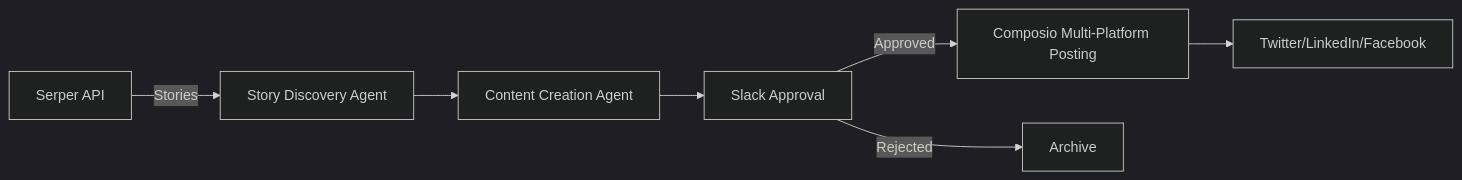
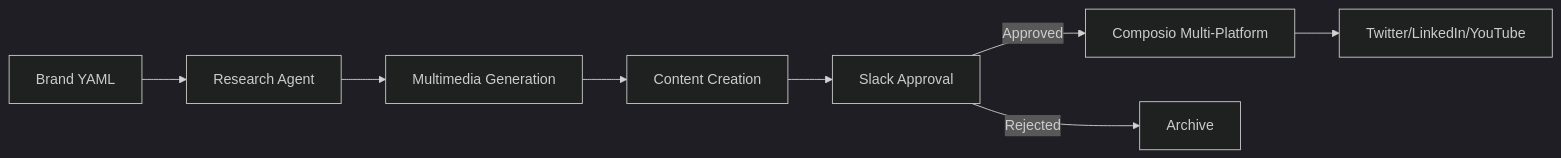
The diagram in docs/TECHNICAL_ARCHITECTURE.md (amadad/phantom-cli-tools), drawn with Mermaid (dark theme) before and after one commit. The commit also changed other lines of this file and 19 other files, not shown here.

Commit message:
refactor: consolidate codebase into modular pipeline with brand-agnostic YAML config

````diff
--- a/docs/TECHNICAL_ARCHITECTURE.md
+++ b/docs/TECHNICAL_ARCHITECTURE.md
@@ -7,9 +6,10 @@
 ```mermaid
 graph LR
-    A[Serper API] -->|Stories| B[Story Discovery Agent]
-    B --> C[Content Creation Agent]
-    C --> D[Slack Approval]
-    D -->|Approved| E[Composio Multi-Platform Posting]
-    D -->|Rejected| F[Archive]
-    E --> G[Twitter/LinkedIn/Facebook]
+    A[Brand YAML] --> B[Research Agent]
+    B --> C[Multimedia Generation]
+    C --> D[Content Creation]
+    D --> E[Slack Approval]
+    E -->|Approved| F[Composio Multi-Platform]
+    E -->|Rejected| G[Archive]
+    F --> H[Twitter/LinkedIn/YouTube]
 ```
````
